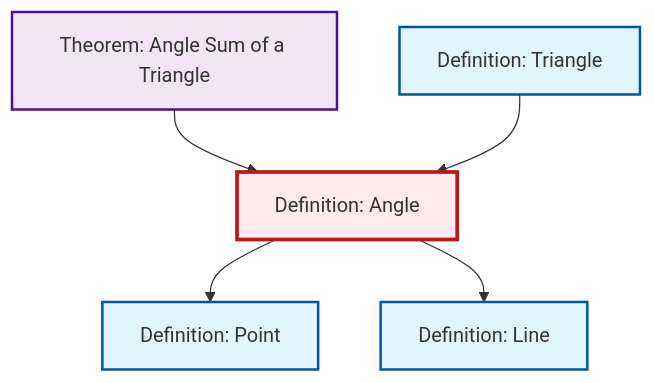
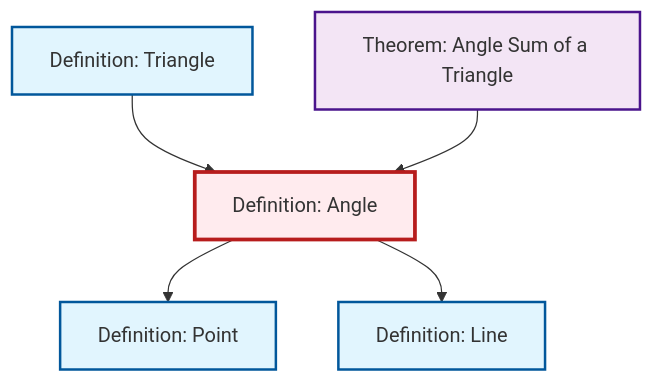
One commit to RK0429/ModernMath changed the diagram in content/ja/geometry/def-angle.qmd. Above: the diagram before and after it, drawn with Mermaid. The commit also changed other lines of this file and 615 other files, not shown here.

````diff
--- a/content/ja/geometry/def-angle.qmd
+++ b/content/ja/geometry/def-angle.qmd
@@ -50,23 +50,23 @@
 ```{mermaid}
 %%| fig-cap: "Local dependency graph"
 graph TD
     classDef definition fill:#e1f5fe,stroke:#01579b,stroke-width:2px
     classDef theorem fill:#f3e5f5,stroke:#4a148c,stroke-width:2px
     classDef axiom fill:#fff3e0,stroke:#e65100,stroke-width:2px
     classDef example fill:#e8f5e9,stroke:#1b5e20,stroke-width:2px
     classDef current fill:#ffebee,stroke:#b71c1c,stroke-width:3px
+    def-line["Definition: Line"]:::definition
     def-triangle["Definition: Triangle"]:::definition
-    def-point["Definition: Point"]:::definition
-    def-line["Definition: Line"]:::definition
     thm-angle-sum-triangle["Theorem: Angle Sum of a Triangle"]:::theorem
     def-angle["Definition: Angle"]:::definition
+    def-point["Definition: Point"]:::definition
     def-angle --> def-point
+    def-angle --> def-line
+    def-triangle --> def-angle
     thm-angle-sum-triangle --> def-angle
-    def-triangle --> def-angle
-    def-angle --> def-line
     class def-angle current
+    click def-line "def-line.html" "Definition: Lineへ"
     click def-triangle "def-triangle.html" "Definition: Triangleへ"
+    click thm-angle-sum-triangle "thm-angle-sum-triangle.html" "Theorem: Angle Sum of a Triangleへ"
     click def-point "def-point.html" "Definition: Pointへ"
-    click def-line "def-line.html" "Definition: Lineへ"
-    click thm-angle-sum-triangle "thm-angle-sum-triangle.html" "Theorem: Angle Sum of a Triangleへ"
 ```
````
